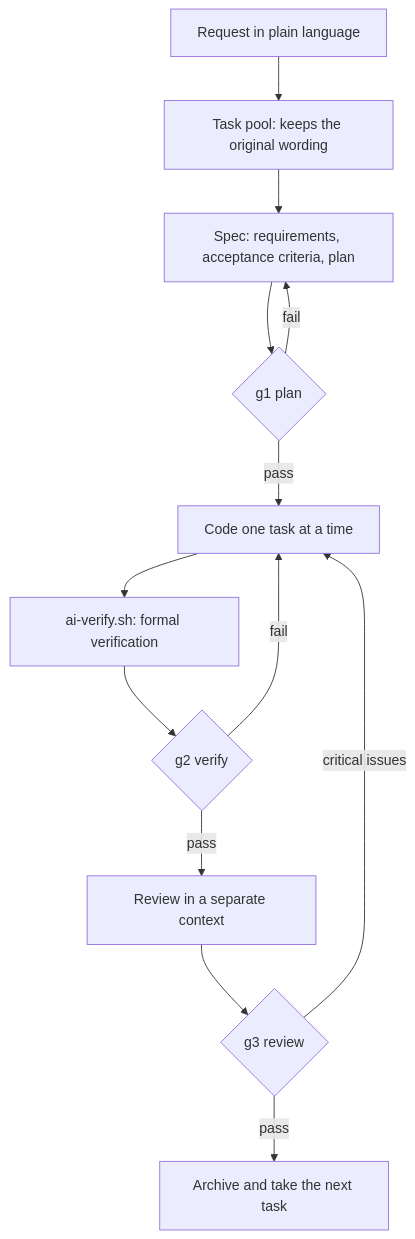
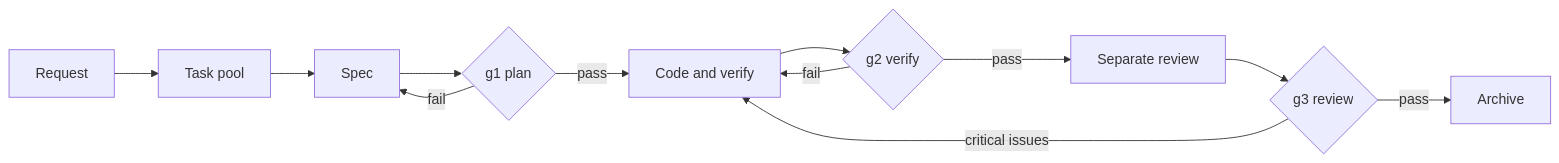
The first of 2 diagrams in README.en.md (Alan-IFT/ai-harness-scaffold), drawn with Mermaid before and after one commit. The commit also changed other lines of this file and 1 other file, not shown here.

Commit message:
docs: lay out README diagrams horizontally

````diff
--- a/README.en.md
+++ b/README.en.md
@@ -40,15 +40,14 @@
 ```mermaid
-flowchart TD
-    A["Request in plain language"] --> B["Task pool: keeps the original wording"]
-    B --> C["Spec: requirements, acceptance criteria, plan"]
+flowchart LR
+    A["Request"] --> B["Task pool"]
+    B --> C["Spec"]
     C --> G1{"g1 plan"}
     G1 -- fail --> C
-    G1 -- pass --> D["Code one task at a time"]
-    D --> V["ai-verify.sh: formal verification"]
-    V --> G2{"g2 verify"}
+    G1 -- pass --> D["Code and verify"]
+    D --> G2{"g2 verify"}
     G2 -- fail --> D
-    G2 -- pass --> R["Review in a separate context"]
+    G2 -- pass --> R["Separate review"]
     R --> G3{"g3 review"}
     G3 -- critical issues --> D
-    G3 -- pass --> E["Archive and take the next task"]
+    G3 -- pass --> E["Archive"]
 ```
````
